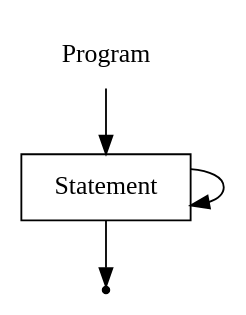
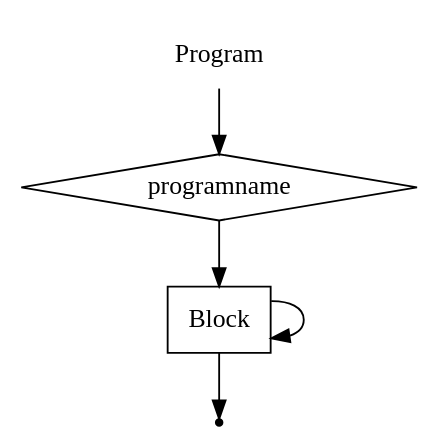
Before and after one commit to EgorGoluzin/DSL: the diagram in DSLTools/examples/PSECO_NEW/wirth/Program.gv, drawn with Graphviz. The commit also changed 2 other files, not shown here.

```diff
--- a/DSLTools/examples/PSECO_NEW/wirth/Program.gv
+++ b/DSLTools/examples/PSECO_NEW/wirth/Program.gv
@@ -1,8 +1,10 @@
 digraph Program {
   start [label="Program" shape=plaintext];
-  A [label="Statement" shape=box];
+  A [label="programname" shape=diamond];
+  B [label="Block" shape=box];
   end [label="" shape=point];
   start -> A;
-  A -> A;
-  A -> end;
+  A -> B;
+  B -> B;
+  B -> end;
 }
```
